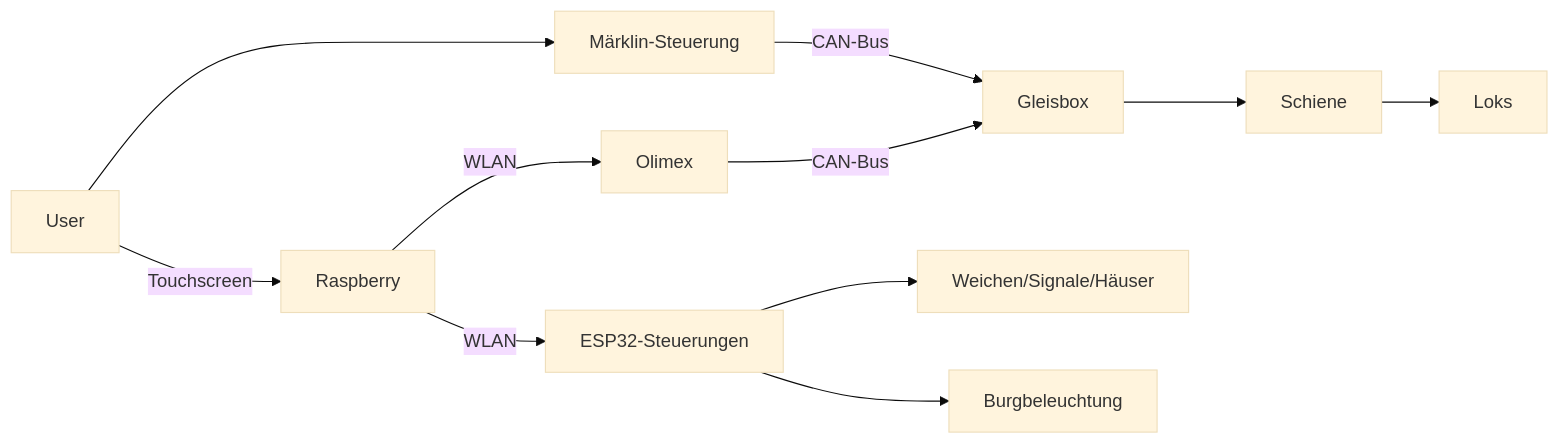
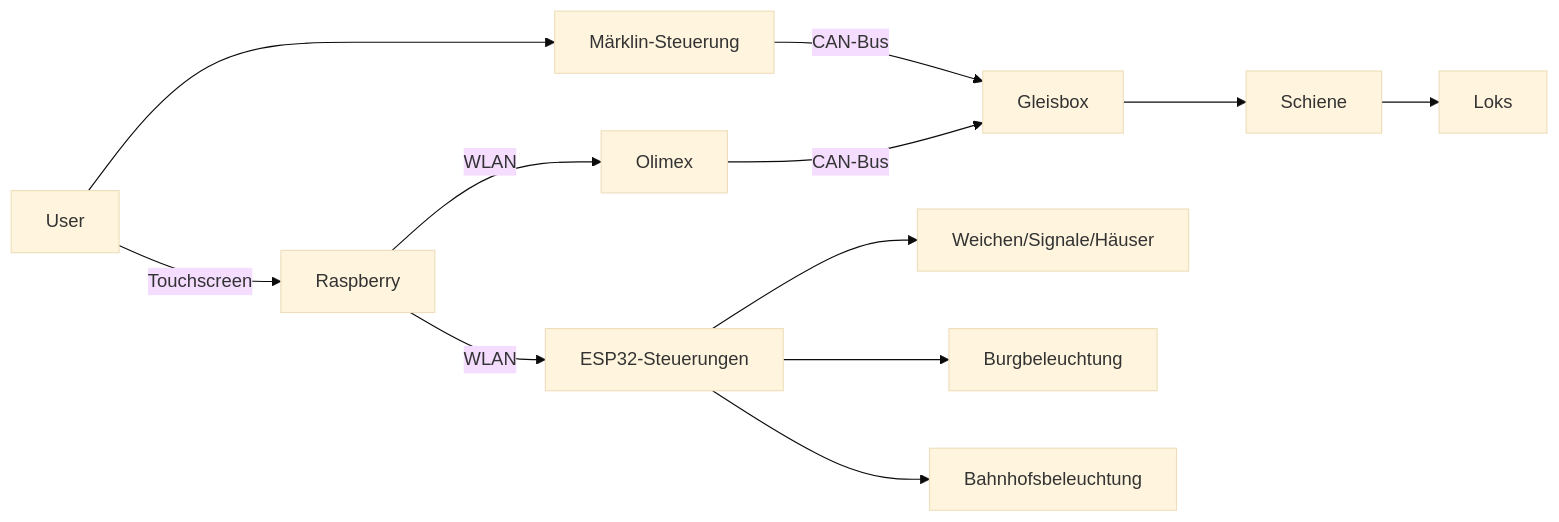
Before and after one commit to BBBys/Bahnsteuerung: the diagram in README.md, drawn with Mermaid (base theme).

````diff
--- a/README.md
+++ b/README.md
@@ -12,14 +12,15 @@
 ```mermaid
 flowchart LR
     User-->|Touchscreen| Raspberry 
     User-->Märklin-Steuerung
     Raspberry-->|WLAN| Olimex;
     Olimex-->|CAN-Bus| Gleisbox
     Märklin-Steuerung-->|CAN-Bus| Gleisbox
     Gleisbox-->Schiene
     Schiene-->Loks
     Raspberry-->|WLAN| ESP32-Steuerungen
     ESP32-Steuerungen-->Weichen/Signale/Häuser
     ESP32-Steuerungen-->Burgbeleuchtung
+    ESP32-Steuerungen-->Bahnhofsbeleuchtung
   
 ```
````
